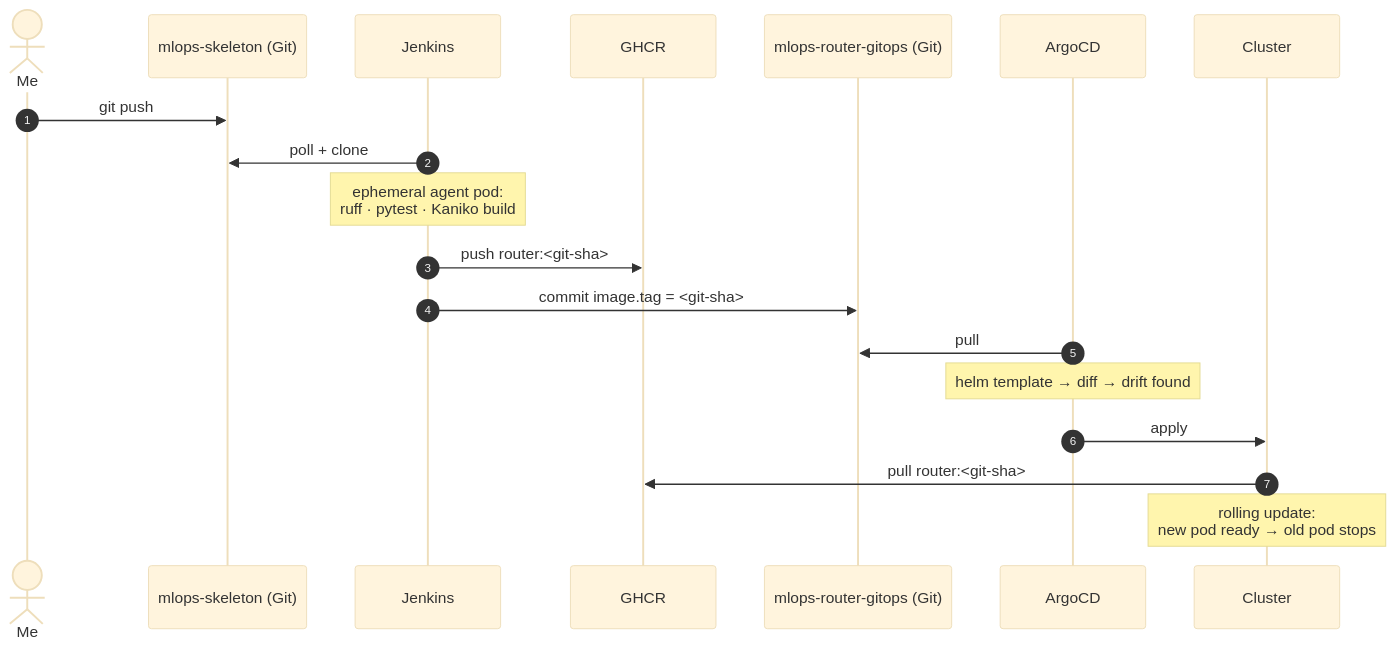
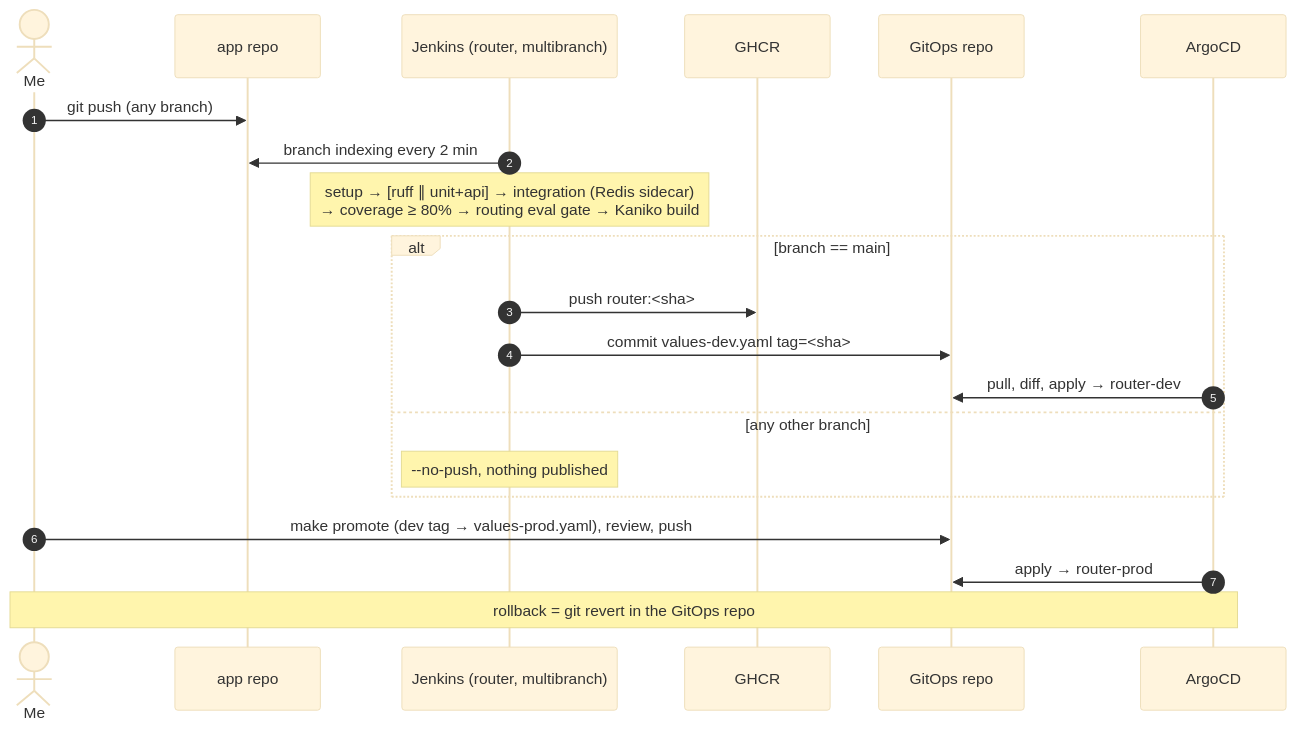
The third of 3 diagrams in Readme.md (ducthangng/mlops-skeleton), drawn with Mermaid (base theme) before and after one commit. The commit also changed other lines of this file and 4 other files, not shown here.

````diff
--- a/Readme.md
+++ b/Readme.md
@@ -49,21 +69,23 @@
 ```mermaid
 sequenceDiagram
     autonumber
     actor Me
-    participant App as mlops-skeleton (Git)
-    participant J as Jenkins
+    participant App as app repo
+    participant J as Jenkins (router, multibranch)
     participant Reg as GHCR
-    participant Ops as mlops-router-gitops (Git)
+    participant Ops as GitOps repo
     participant Argo as ArgoCD
-    participant K8s as Cluster
-    Me->>App: git push
-    J->>App: poll + clone
-    Note over J: ephemeral agent pod:<br/>ruff · pytest · Kaniko build
-    J->>Reg: push router:<git-sha>
-    J->>Ops: commit image.tag = <git-sha>
-    Argo->>Ops: pull
-    Note over Argo: helm template → diff → drift found
-    Argo->>K8s: apply
-    K8s->>Reg: pull router:<git-sha>
-    Note over K8s: rolling update:<br/>new pod ready → old pod stops
+    Me->>App: git push (any branch)
+    J->>App: branch indexing every 2 min
+    Note over J: setup → [ruff ∥ unit+api] → integration (Redis sidecar)<br/>→ coverage ≥ 80% → routing eval gate → Kaniko build
+    alt branch == main
+        J->>Reg: push router:<sha>
+        J->>Ops: commit values-dev.yaml tag=<sha>
+        Argo->>Ops: pull, diff, apply → router-dev
+    else any other branch
+        Note over J: --no-push, nothing published
+    end
+    Me->>Ops: make promote (dev tag → values-prod.yaml), review, push
+    Argo->>Ops: apply → router-prod
+    Note over Me,Argo: rollback = git revert in the GitOps repo
 ```
````
